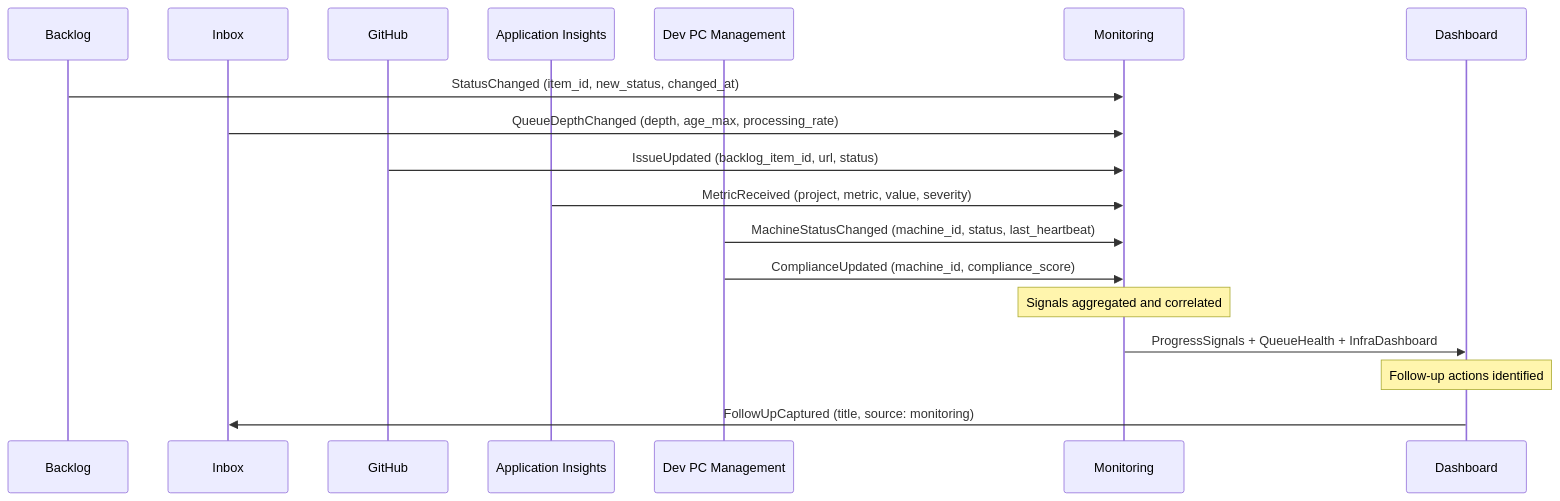
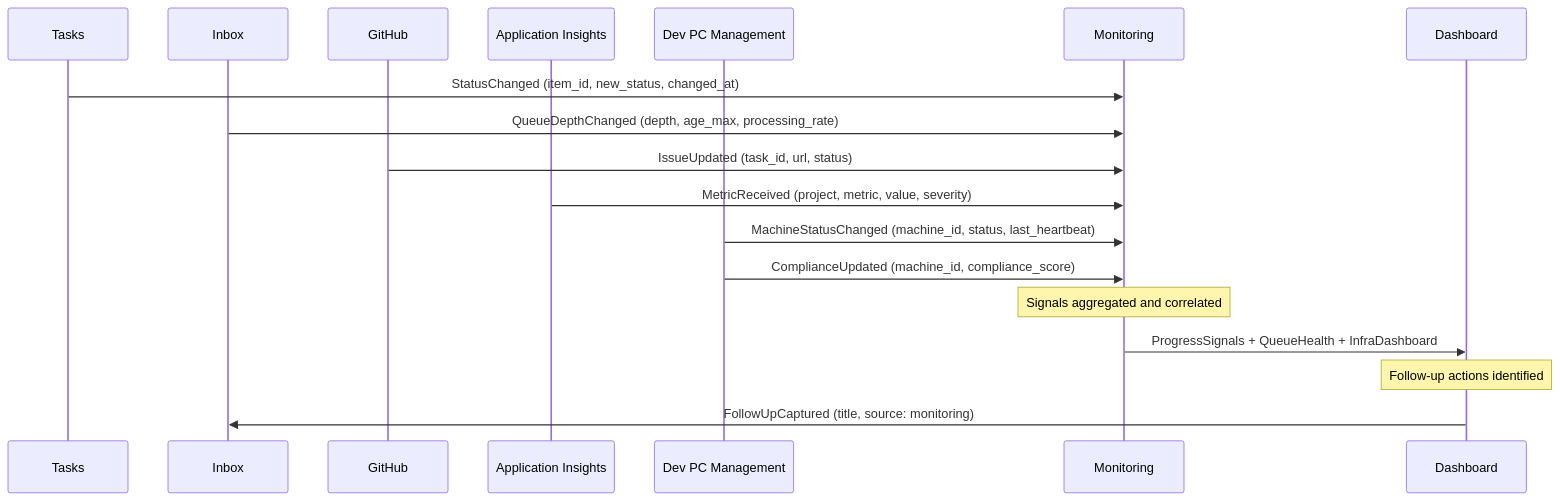
The diagram in .domain/monitoring/flow.md (JSdotNet/Backlog), drawn with Mermaid before and after one commit. The commit also changed 364 other files, not shown here.

````diff
--- a/.domain/monitoring/flow.md
+++ b/.domain/monitoring/flow.md
@@ -14,23 +14,23 @@
 ```mermaid
 sequenceDiagram
-    participant Backlog as Backlog
+    participant Tasks as Tasks
     participant Inbox as Inbox
     participant GitHub as GitHub
     participant AppInsights as Application Insights
     participant DevPC as Dev PC Management
     participant Monitoring as Monitoring
     participant Dashboard as Dashboard
 
-    Backlog->>Monitoring: StatusChanged (item_id, new_status, changed_at)
+    Tasks->>Monitoring: StatusChanged (item_id, new_status, changed_at)
     Inbox->>Monitoring: QueueDepthChanged (depth, age_max, processing_rate)
-    GitHub->>Monitoring: IssueUpdated (backlog_item_id, url, status)
+    GitHub->>Monitoring: IssueUpdated (task_id, url, status)
     AppInsights->>Monitoring: MetricReceived (project, metric, value, severity)
     DevPC->>Monitoring: MachineStatusChanged (machine_id, status, last_heartbeat)
     DevPC->>Monitoring: ComplianceUpdated (machine_id, compliance_score)
 
     Note over Monitoring: Signals aggregated and correlated
 
     Monitoring->>Dashboard: ProgressSignals + QueueHealth + InfraDashboard
     Note over Dashboard: Follow-up actions identified
     Dashboard->>Inbox: FollowUpCaptured (title, source: monitoring)
 ```
````
